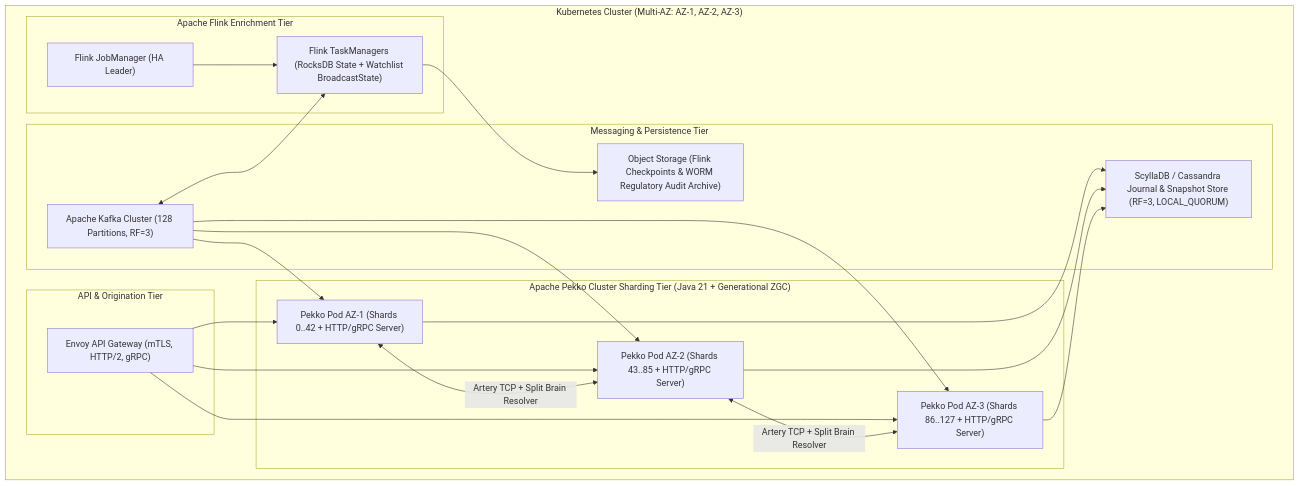
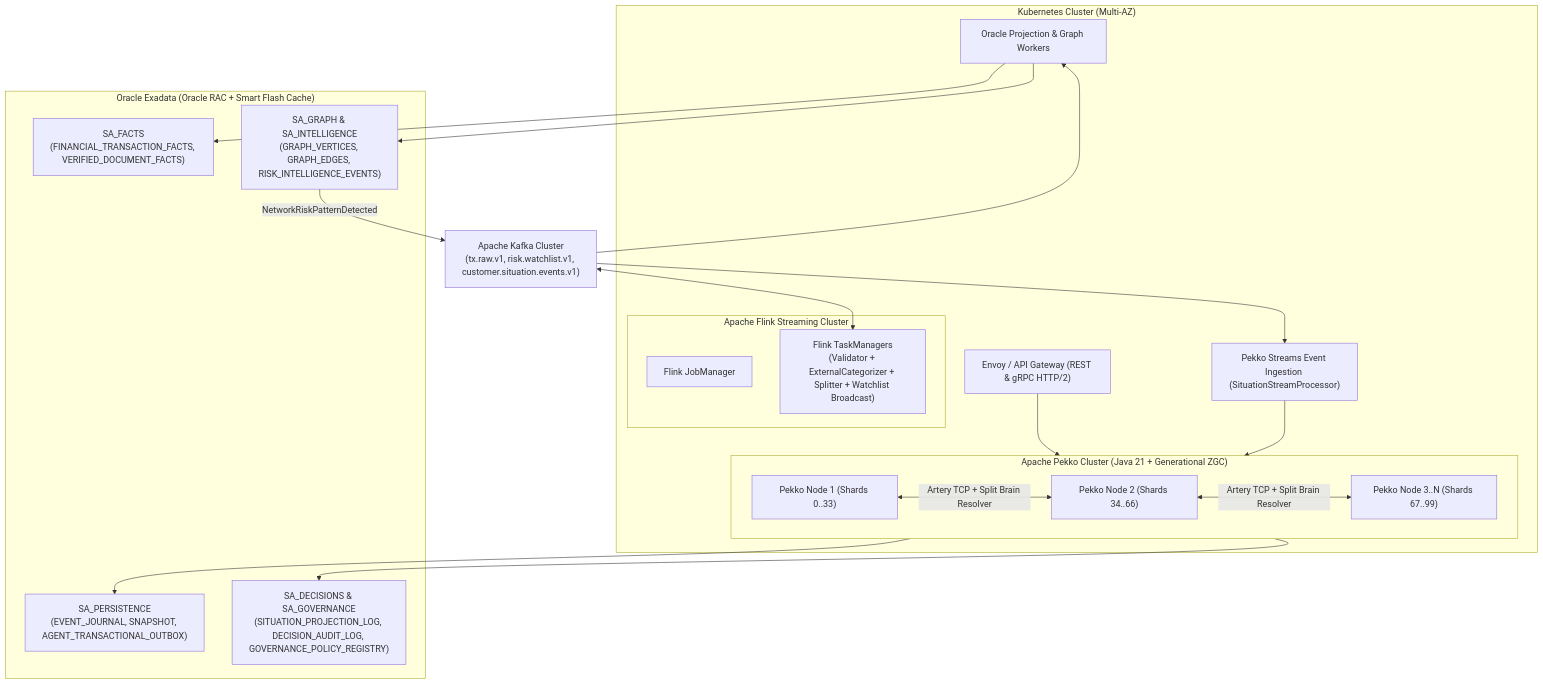
One commit to kkaduk/CustAgents changed the ninth of 9 diagrams in ARCHITECTURE.md. Above: the diagram before and after it, drawn with Mermaid. The commit also changed other lines of this file, not shown here.

Commit message:
Adding 4+1 architecture description

````diff
--- a/ARCHITECTURE.md
+++ b/ARCHITECTURE.md
@@ -398,44 +567,43 @@
 ```mermaid
 flowchart TB
-    subgraph K8s["Kubernetes Cluster (Multi-AZ: AZ-1, AZ-2, AZ-3)"]
-        subgraph Ingress["API & Origination Tier"]
-            Gateway["Envoy API Gateway (mTLS, HTTP/2, gRPC)"]
+    subgraph K8S["Kubernetes Cluster (Multi-AZ)"]
+        GATEWAY["Envoy / API Gateway (REST & gRPC HTTP/2)"]
+
+        subgraph FLINK["Apache Flink Streaming Cluster"]
+            FJM["Flink JobManager"]
+            FTM["Flink TaskManagers<br/>(Validator + ExternalCategorizer + Splitter + Watchlist Broadcast)"]
         end
 
-        subgraph FlinkCluster["Apache Flink Enrichment Tier"]
-            FlinkJM["Flink JobManager (HA Leader)"]
-            FlinkTM["Flink TaskManagers (RocksDB State + Watchlist BroadcastState)"]
+        subgraph PEKKO["Apache Pekko Cluster (Java 21 + Generational ZGC)"]
+            P1["Pekko Node 1 (Shards 0..33)"]
+            P2["Pekko Node 2 (Shards 34..66)"]
+            P3["Pekko Node 3..N (Shards 67..99)"]
         end
 
-        subgraph PekkoCluster["Apache Pekko Cluster Sharding Tier (Java 21 + Generational ZGC)"]
-            PekkoNode1["Pekko Pod AZ-1 (Shards 0..42 + HTTP/gRPC Server)"]
-            PekkoNode2["Pekko Pod AZ-2 (Shards 43..85 + HTTP/gRPC Server)"]
-            PekkoNode3["Pekko Pod AZ-3 (Shards 86..127 + HTTP/gRPC Server)"]
-        end
-
-        subgraph Storage["Messaging & Persistence Tier"]
-            Kafka["Apache Kafka Cluster (128 Partitions, RF=3)"]
-            Scylla["ScyllaDB / Cassandra Journal & Snapshot Store (RF=3, LOCAL_QUORUM)"]
-            S3["Object Storage (Flink Checkpoints & WORM Regulatory Audit Archive)"]
-        end
+        INGEST["Pekko Streams Event Ingestion (SituationStreamProcessor)"]
+        PROJECTION["Oracle Projection & Graph Workers"]
     end
 
-    Gateway --> PekkoNode1
-    Gateway --> PekkoNode2
-    Gateway --> PekkoNode3
+    KAFKA["Apache Kafka Cluster<br/>(tx.raw.v1, risk.watchlist.v1, customer.situation.events.v1)"]
 
-    Kafka <--> FlinkTM
-    FlinkJM --> FlinkTM
-    FlinkTM --> S3
+    subgraph EXADATA["Oracle Exadata (Oracle RAC + Smart Flash Cache)"]
+        PERSIST["SA_PERSISTENCE<br/>(EVENT_JOURNAL, SNAPSHOT, AGENT_TRANSACTIONAL_OUTBOX)"]
+        FACTS["SA_FACTS<br/>(FINANCIAL_TRANSACTION_FACTS, VERIFIED_DOCUMENT_FACTS)"]
+        GRAPH["SA_GRAPH & SA_INTELLIGENCE<br/>(GRAPH_VERTICES, GRAPH_EDGES, RISK_INTELLIGENCE_EVENTS)"]
+        AUDIT["SA_DECISIONS & SA_GOVERNANCE<br/>(SITUATION_PROJECTION_LOG, DECISION_AUDIT_LOG, GOVERNANCE_POLICY_REGISTRY)"]
+    end
 
-    Kafka --> PekkoNode1
-    Kafka --> PekkoNode2
-    Kafka --> PekkoNode3
+    GATEWAY --> PEKKO
+    KAFKA <--> FTM
+    KAFKA --> INGEST
+    INGEST --> PEKKO
+    P1 <-->|"Artery TCP + Split Brain Resolver"| P2
+    P2 <-->|"Artery TCP + Split Brain Resolver"| P3
 
-    PekkoNode1 <-->|"Artery TCP + Split Brain Resolver"| PekkoNode2
-    PekkoNode2 <-->|"Artery TCP + Split Brain Resolver"| PekkoNode3
-
-    PekkoNode1 --> Scylla
-    PekkoNode2 --> Scylla
-    PekkoNode3 --> Scylla
+    PEKKO --> PERSIST
+    PEKKO --> AUDIT
+    KAFKA --> PROJECTION
+    PROJECTION --> FACTS
+    PROJECTION --> GRAPH
+    GRAPH -->|"NetworkRiskPatternDetected"| KAFKA
 ```
````
